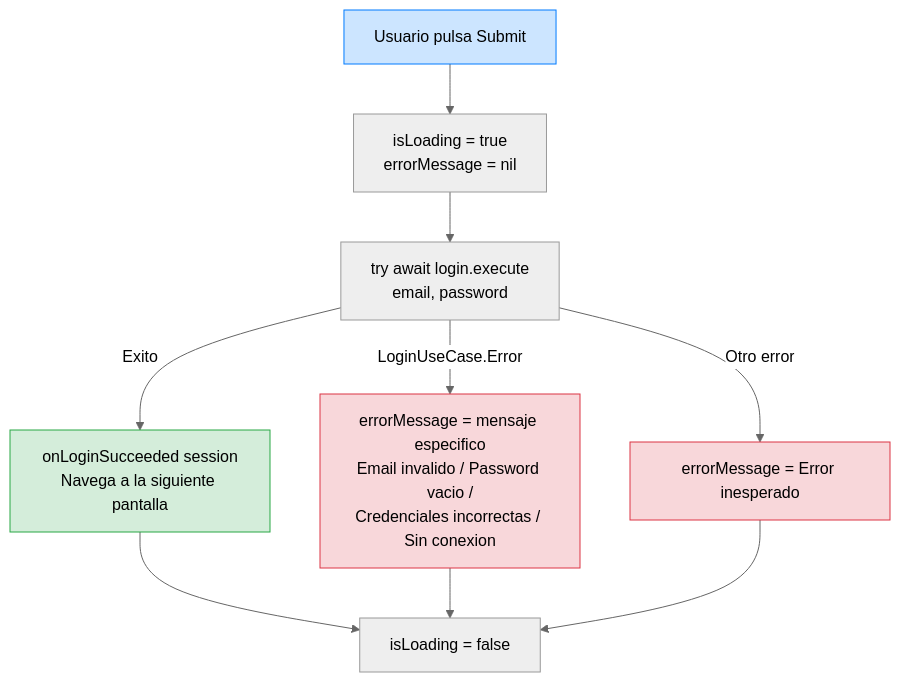
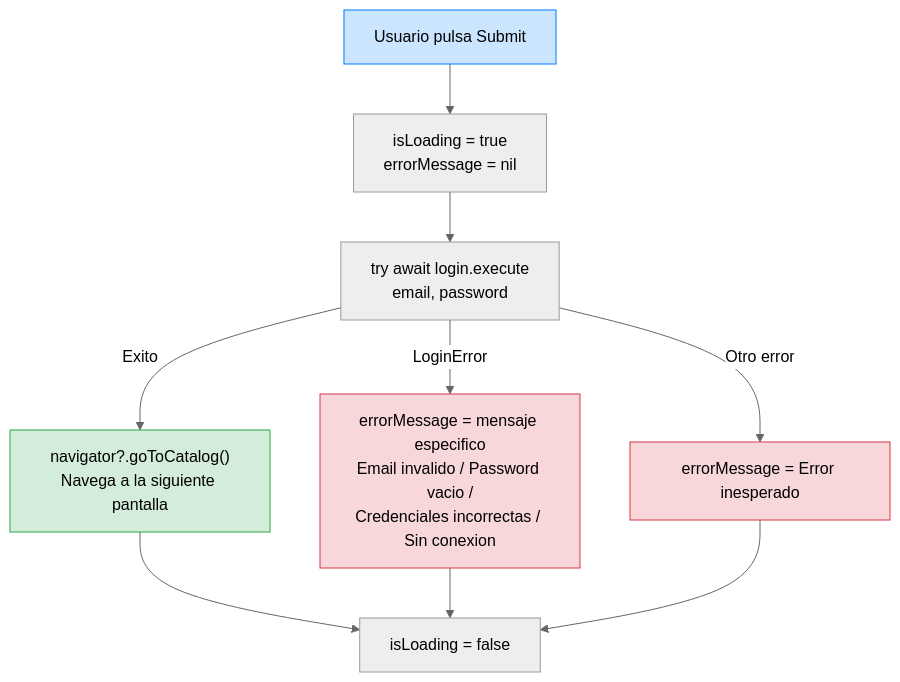
Before and after one commit to SwiftEnProfundidad/stack-my-architecture-ios: the third of 4 diagrams in 01-fundamentos/05-feature-login/04-interface-swiftui.md, drawn with Mermaid (neutral theme). The commit also changed other lines of this file and 50 other files, not shown here.

````diff
--- a/01-fundamentos/05-feature-login/04-interface-swiftui.md
+++ b/01-fundamentos/05-feature-login/04-interface-swiftui.md
@@ -173,16 +181,16 @@
 ```mermaid
 flowchart TD
     START["Usuario pulsa Submit"] --> LOADING["isLoading = true<br/>errorMessage = nil"]
     LOADING --> TRY["try await login.execute<br/>email, password"]
-    TRY -->|"Exito"| SUCCESS["onLoginSucceeded session<br/>Navega a la siguiente pantalla"]
-    TRY -->|"LoginUseCase.Error"| KNOWN["errorMessage = mensaje especifico<br/>Email invalido / Password vacio /<br/>Credenciales incorrectas / Sin conexion"]
+    TRY -->|"Exito"| SUCCESS["navigator?.goToCatalog()<br/>Navega a la siguiente pantalla"]
+    TRY -->|"LoginError"| KNOWN["errorMessage = mensaje especifico<br/>Email invalido / Password vacio /<br/>Credenciales incorrectas / Sin conexion"]
     TRY -->|"Otro error"| UNKNOWN["errorMessage = Error inesperado"]
     SUCCESS --> DONE["isLoading = false"]
     KNOWN --> DONE
     UNKNOWN --> DONE
 
     style START fill:#cce5ff,stroke:#007bff
     style SUCCESS fill:#d4edda,stroke:#28a745
     style KNOWN fill:#f8d7da,stroke:#dc3545
     style UNKNOWN fill:#f8d7da,stroke:#dc3545
 ```
````
